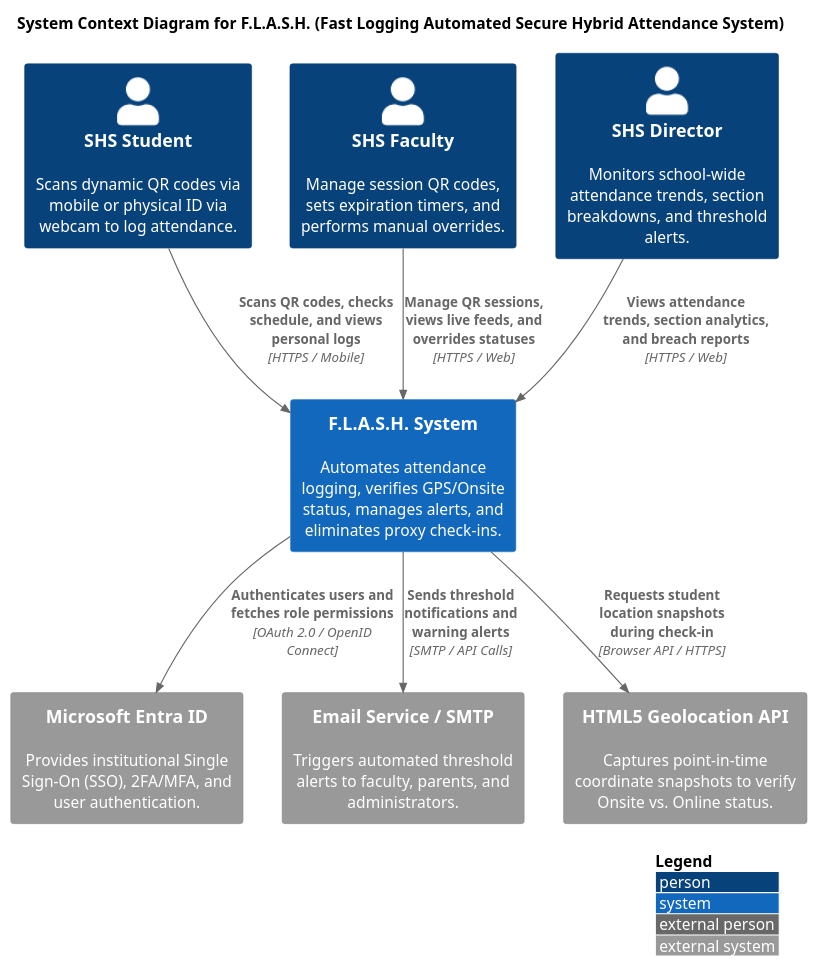
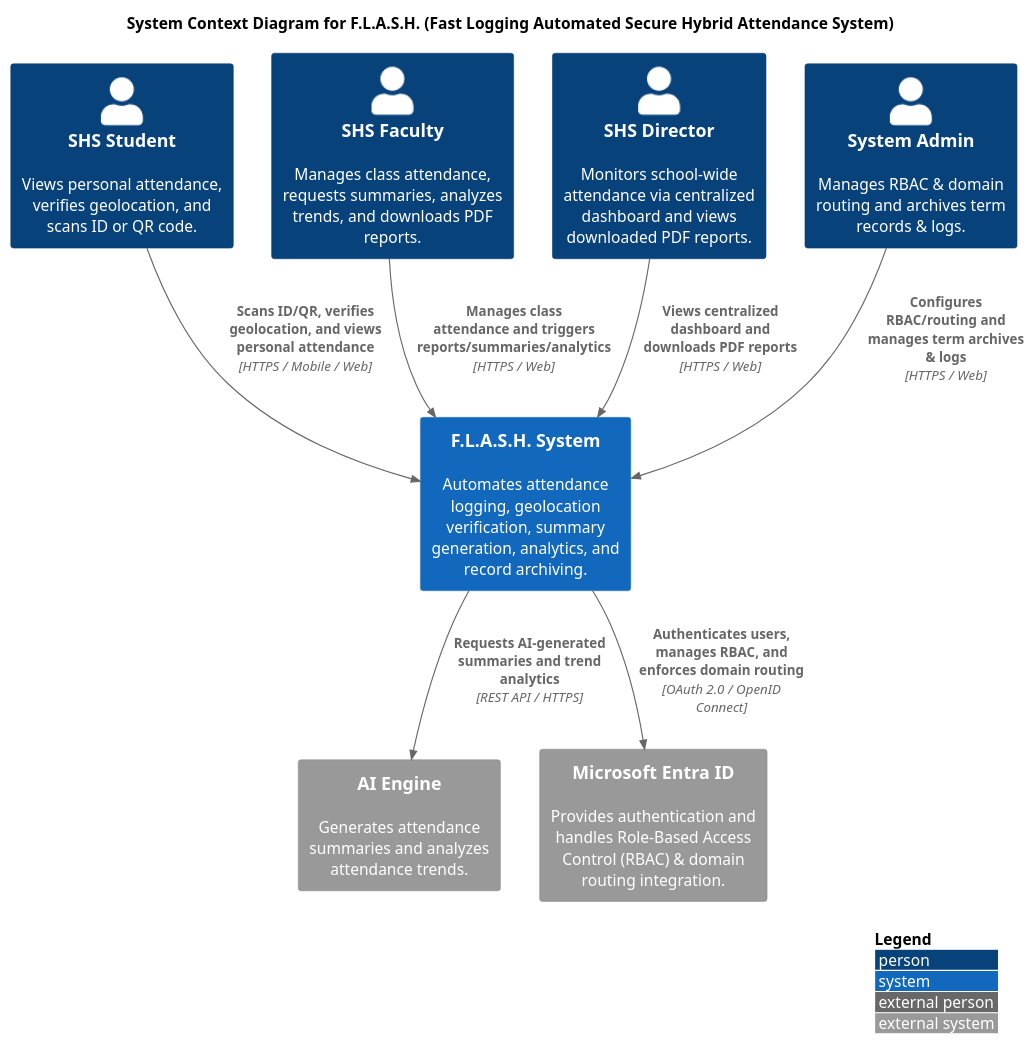
The diagram in docs/MSYADD1/SystemContextDiagramCyberByte.puml (APC-SoCIT/APC-2026-2027-T1-IT241-Grp2-F.L.A.S.H-Fast-Logging-Automated-Secure-Hybrid-attendance), drawn with PlantUML before and after one commit.

Commit message:
Updated the System Context Diagram to allign with use case diagram

```diff
--- a/docs/MSYADD1/SystemContextDiagramCyberByte.puml
+++ b/docs/MSYADD1/SystemContextDiagramCyberByte.puml
@@ -1,31 +1,31 @@
 @startuml
 !include https://raw.githubusercontent.com/plantuml-stdlib/C4-PlantUML/master/C4_Context.puml
 
 LAYOUT_WITH_LEGEND()
 
 title System Context Diagram for F.L.A.S.H. (Fast Logging Automated Secure Hybrid Attendance System)
 
 ' Persons (Users)
-Person(student, "SHS Student", "Scans dynamic QR codes via mobile or physical ID via webcam to log attendance.")
-Person(faculty, "SHS Faculty", "Manage session QR codes, sets expiration timers, and performs manual overrides.")
-Person(director, "SHS Director", "Monitors school-wide attendance trends, section breakdowns, and threshold alerts.")
+Person(student, "SHS Student", "Views personal attendance, verifies geolocation, and scans ID or QR code.")
+Person(faculty, "SHS Faculty", "Manages class attendance, requests summaries, analyzes trends, and downloads PDF reports.")
+Person(director, "SHS Director", "Monitors school-wide attendance via centralized dashboard and views downloaded PDF reports.")
+Person(admin, "System Admin", "Manages RBAC & domain routing and archives term records & logs.")
 
 ' Main System
-System(flash, "F.L.A.S.H. System", "Automates attendance logging, verifies GPS/Onsite status, manages alerts, and eliminates proxy check-ins.")
+System(flash, "F.L.A.S.H. System", "Automates attendance logging, geolocation verification, summary generation, analytics, and record archiving.")
 
 ' External Systems
-System_Ext(entra, "Microsoft Entra ID", "Provides institutional Single Sign-On (SSO), 2FA/MFA, and user authentication.")
-System_Ext(email, "Email Service / SMTP", "Triggers automated threshold alerts to faculty, parents, and administrators.")
-System_Ext(gps, "HTML5 Geolocation API", "Captures point-in-time coordinate snapshots to verify Onsite vs. Online status.")
+System_Ext(ai_engine, "AI Engine", "Generates attendance summaries and analyzes attendance trends.")
+System_Ext(entra, "Microsoft Entra ID", "Provides authentication and handles Role-Based Access Control (RBAC) & domain routing integration.")
 
 ' Relationships - Users to System
-Rel(student, flash, "Scans QR codes, checks schedule, and views personal logs", "HTTPS / Mobile")
-Rel(faculty, flash, "Manage QR sessions, views live feeds, and overrides statuses", "HTTPS / Web")
-Rel(director, flash, "Views attendance trends, section analytics, and breach reports", "HTTPS / Web")
+Rel(student, flash, "Scans ID/QR, verifies geolocation, and views personal attendance", "HTTPS / Mobile / Web")
+Rel(faculty, flash, "Manages class attendance and triggers reports/summaries/analytics", "HTTPS / Web")
+Rel(director, flash, "Views centralized dashboard and downloads PDF reports", "HTTPS / Web")
+Rel(admin, flash, "Configures RBAC/routing and manages term archives & logs", "HTTPS / Web")
 
 ' Relationships - System to External Systems
-Rel(flash, entra, "Authenticates users and fetches role permissions", "OAuth 2.0 / OpenID Connect")
-Rel(flash, email, "Sends threshold notifications and warning alerts", "SMTP / API Calls")
-Rel(flash, gps, "Requests student location snapshots during check-in", "Browser API / HTTPS")
+Rel(flash, ai_engine, "Requests AI-generated summaries and trend analytics", "REST API / HTTPS")
+Rel(flash, entra, "Authenticates users, manages RBAC, and enforces domain routing", "OAuth 2.0 / OpenID Connect")
 
 @enduml
```
